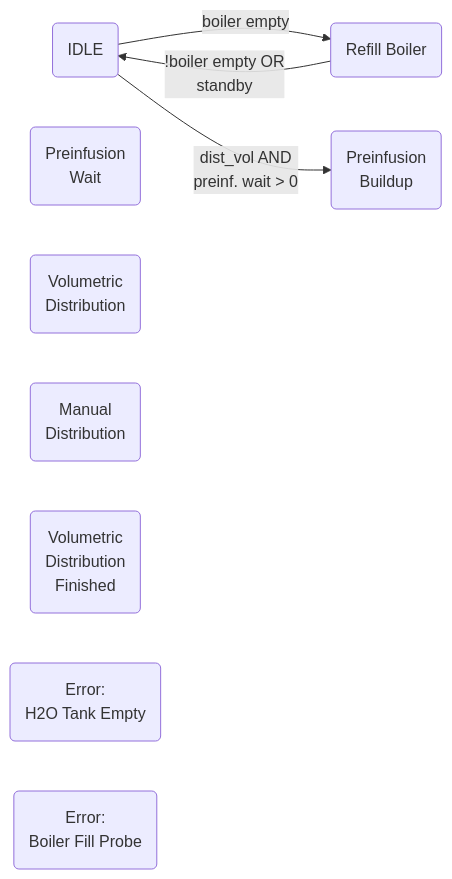
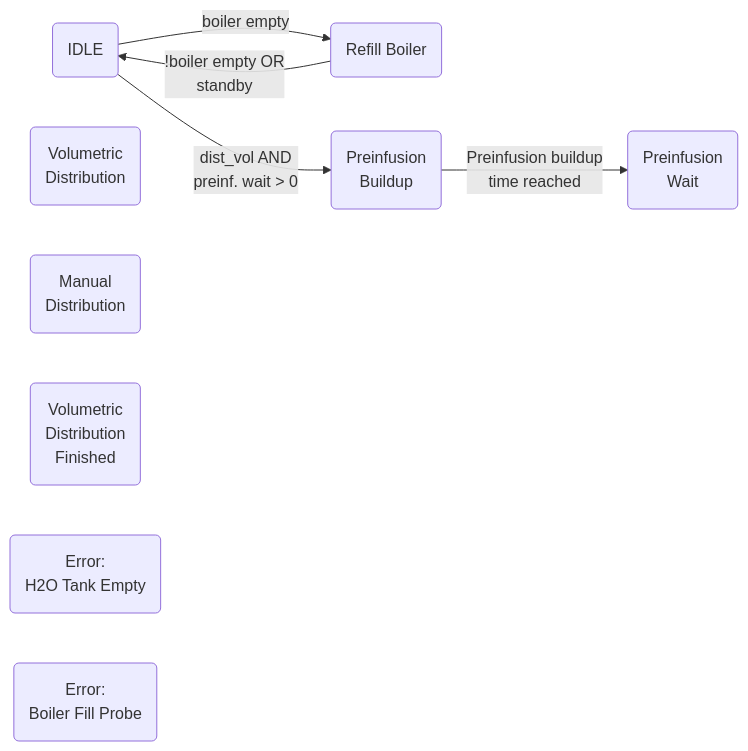
The first of 4 diagrams in README.md (ggramlich26/BZ10_upgrade), drawn with Mermaid before and after one commit. The commit also changed other lines of this file, not shown here.

````diff
--- a/README.md
+++ b/README.md
@@ -18,16 +18,17 @@
 ```mermaid
 graph LR
 idle(IDLE)
 refill_boiler(Refill Boiler)
 preinfusion_buildup(Preinfusion <br> Buildup)
 preinfusion_wait(Preinfusion <br> Wait)
 vol_dist(Volumetric <br> Distribution)
 man_dist(Manual <br> Distribution)
 vol_dist_finished(Volumetric <br> Distribution <br> Finished)
 error_tank("Error: <br> H2O Tank Empty")
 error_boiler("Error: <br> Boiler Fill Probe")
 
 idle--"boiler empty"-->refill_boiler
 refill_boiler--"!boiler empty OR <br> standby"-->idle
 idle--"dist_vol AND <br>preinf. wait > 0"-->preinfusion_buildup
+preinfusion_buildup--"Preinfusion buildup <br> time reached"-->preinfusion_wait
 ```
````
